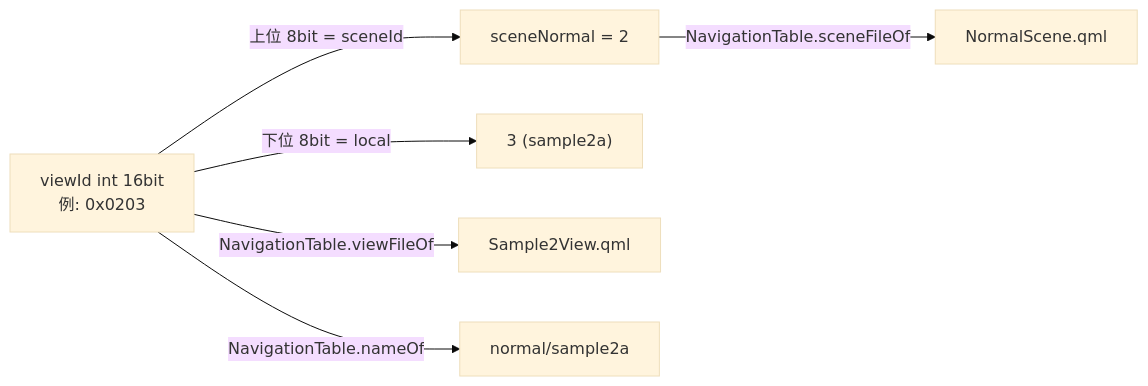
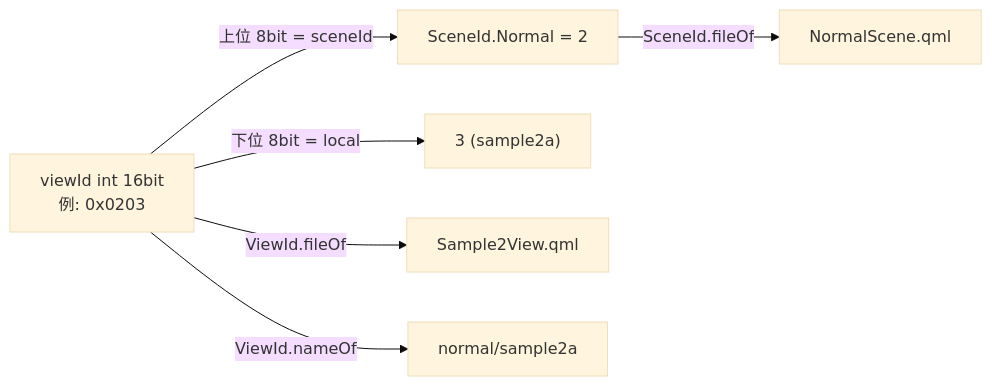
One commit to yuya-kadono/qul-loader-navigation-poc changed diagram 11 of 11 in docs/flows.md. Above: the diagram before and after it, drawn with Mermaid (base theme). The commit also changed other lines of this file and 31 other files, not shown here.

````diff
--- a/docs/flows.md
+++ b/docs/flows.md
@@ -341,9 +353,9 @@
 ```mermaid
 flowchart LR
     Hex["viewId int 16bit<br>例: 0x0203"]
-    Hex -->|"上位 8bit = sceneId"| SceneId["sceneNormal = 2"]
+    Hex -->|"上位 8bit = sceneId"| Sid["SceneId.Normal = 2"]
     Hex -->|"下位 8bit = local"| LocalId["3 (sample2a)"]
-    SceneId -->|"NavigationTable.sceneFileOf"| SceneFile["NormalScene.qml"]
-    Hex -->|"NavigationTable.viewFileOf"| ViewFile["Sample2View.qml"]
-    Hex -->|"NavigationTable.nameOf"| Name["normal/sample2a"]
+    Sid -->|"SceneId.fileOf"| SceneFile["NormalScene.qml"]
+    Hex -->|"ViewId.fileOf"| ViewFile["Sample2View.qml"]
+    Hex -->|"ViewId.nameOf"| Name["normal/sample2a"]
 ```
````
